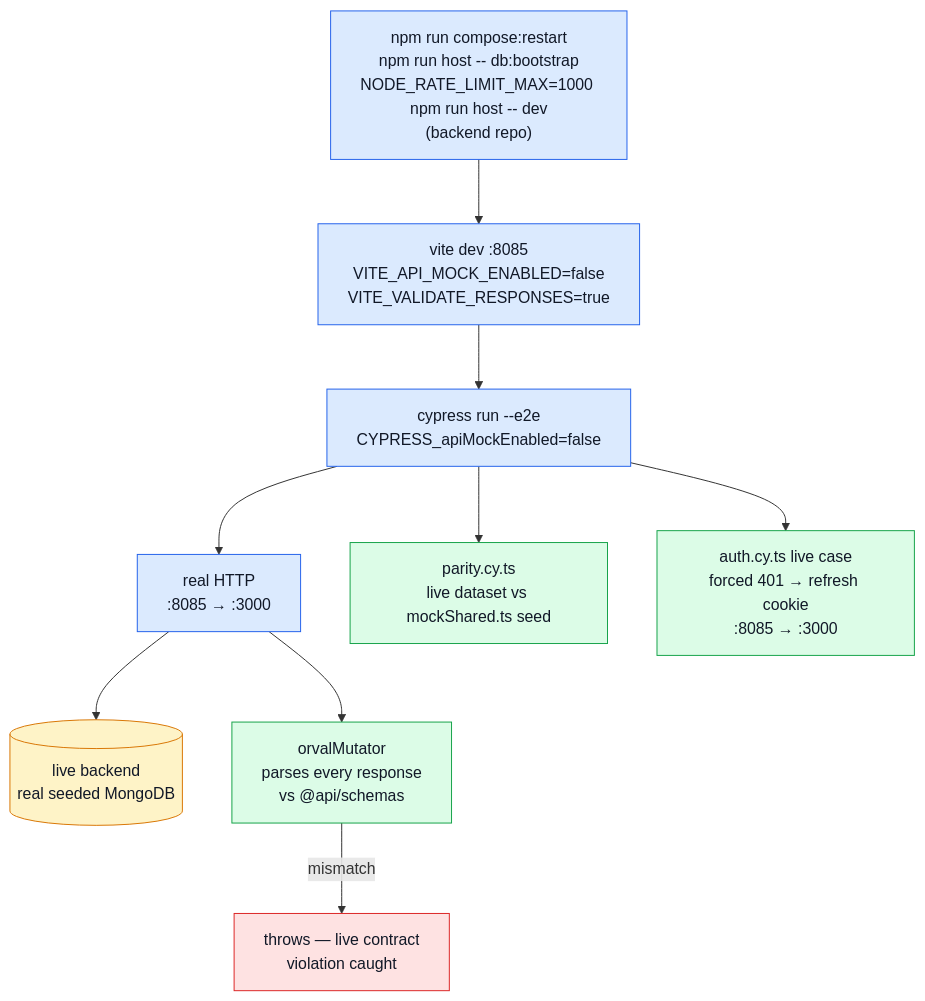
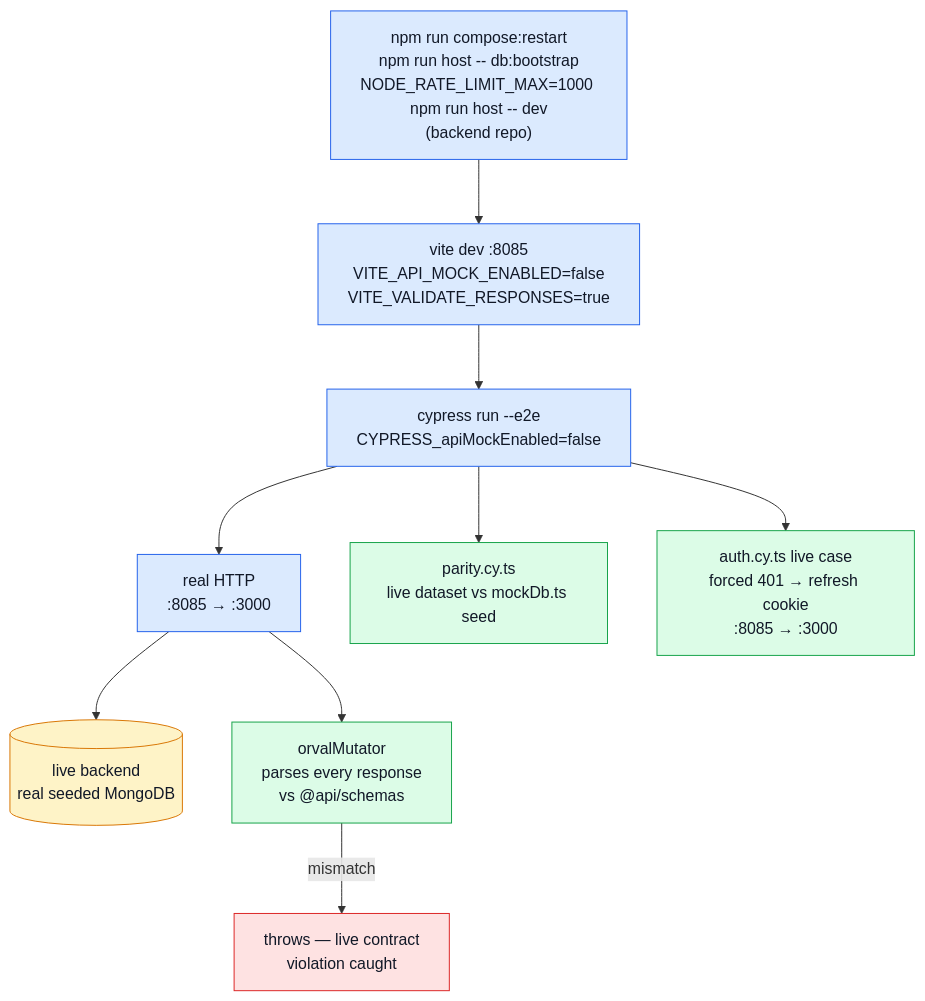
Before and after one commit to Guebbit/boilerplate-vue-frontend: the diagram in docs/tools/live-e2e.md, drawn with Mermaid. The commit also changed other lines of this file and 20 other files, not shown here.

````diff
--- a/docs/tools/live-e2e.md
+++ b/docs/tools/live-e2e.md
@@ -27,21 +30,21 @@
 ```mermaid
 %%{init: {'flowchart': {'nodeSpacing': 50, 'rankSpacing': 65}}}%%
 flowchart TB
     Boot["npm run compose:restart\nnpm run host -- db:bootstrap\nNODE_RATE_LIMIT_MAX=1000 npm run host -- dev\n(backend repo)"] --> Vite["vite dev :8085\nVITE_API_MOCK_ENABLED=false\nVITE_VALIDATE_RESPONSES=true"]
     Vite --> Cypress["cypress run --e2e\nCYPRESS_apiMockEnabled=false"]
     Cypress --> Real["real HTTP\n:8085 → :3000"]
     Real --> Backend[("live backend\nreal seeded MongoDB")]
     Real --> Mutator["orvalMutator\nparses every response\nvs @api/schemas"]
     Mutator -->|mismatch| Fail["throws — live contract\nviolation caught"]
-    Cypress --> Parity["parity.cy.ts\nlive dataset vs mockShared.ts seed"]
+    Cypress --> Parity["parity.cy.ts\nlive dataset vs mockDb.ts seed"]
     Cypress --> Refresh["auth.cy.ts live case\nforced 401 → refresh cookie\n:8085 → :3000"]
 
     classDef step fill:#dbeafe,stroke:#2563eb,color:#111827;
     classDef check fill:#dcfce7,stroke:#16a34a,color:#111827;
     classDef fail fill:#fee2e2,stroke:#dc2626,color:#111827;
     classDef data fill:#fef3c7,stroke:#d97706,color:#111827;
     class Boot,Vite,Cypress,Real step;
     class Mutator,Parity,Refresh check;
     class Fail fail;
     class Backend data;
 ```
````
